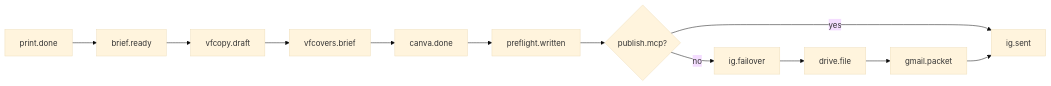
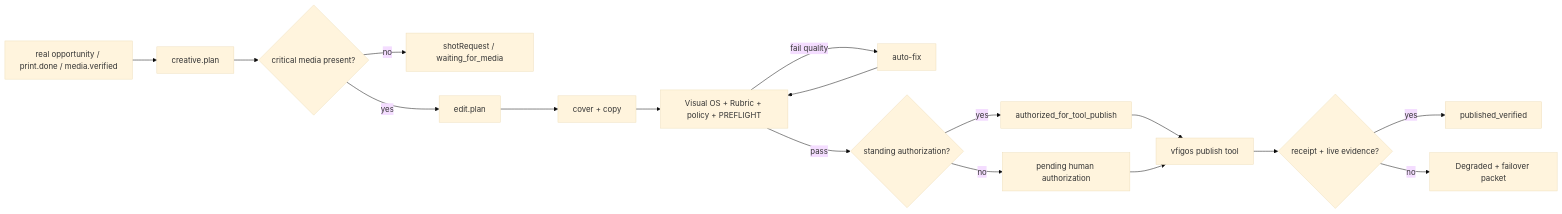
One commit to nocturney/velvetos-core changed the diagram in packages/vfe2b/scenarios/content-live.md. Above: the diagram before and after it, drawn with Mermaid (base theme). The commit also changed other lines of this file, not shown here.

Commit message:
Upgrade content-live to autonomous creative pipeline

````diff
--- a/packages/vfe2b/scenarios/content-live.md
+++ b/packages/vfe2b/scenarios/content-live.md
@@ -8,14 +7,19 @@
 ```mermaid
 flowchart LR
-  P[print.done] --> A[brief.ready]
-  A --> B[vfcopy.draft]
-  B --> C[vfcovers.brief]
-  C --> D[canva.done]
-  D --> PF[preflight.written]
-  PF --> E{publish.mcp?}
-  E -->|yes| F[ig.sent]
-  E -->|no| G[ig.failover]
-  G --> H[drive.file]
-  H --> I[gmail.packet]
-  I --> F
+  P[real opportunity / print.done / media.verified] --> A[creative.plan]
+  A --> G{critical media present?}
+  G -->|no| SR[shotRequest / waiting_for_media]
+  G -->|yes| EDL[edit.plan]
+  EDL --> C[cover + copy]
+  C --> QA[Visual OS + Rubric + policy + PREFLIGHT]
+  QA -->|fail quality| FIX[auto-fix]
+  FIX --> QA
+  QA -->|pass| AU{standing authorization?}
+  AU -->|yes| AP[authorized_for_tool_publish]
+  AU -->|no| HA[pending human authorization]
+  AP --> PUB[vfigos publish tool]
+  HA --> PUB
+  PUB --> V{receipt + live evidence?}
+  V -->|yes| DONE[published_verified]
+  V -->|no| D[Degraded + failover packet]
 ```
````
